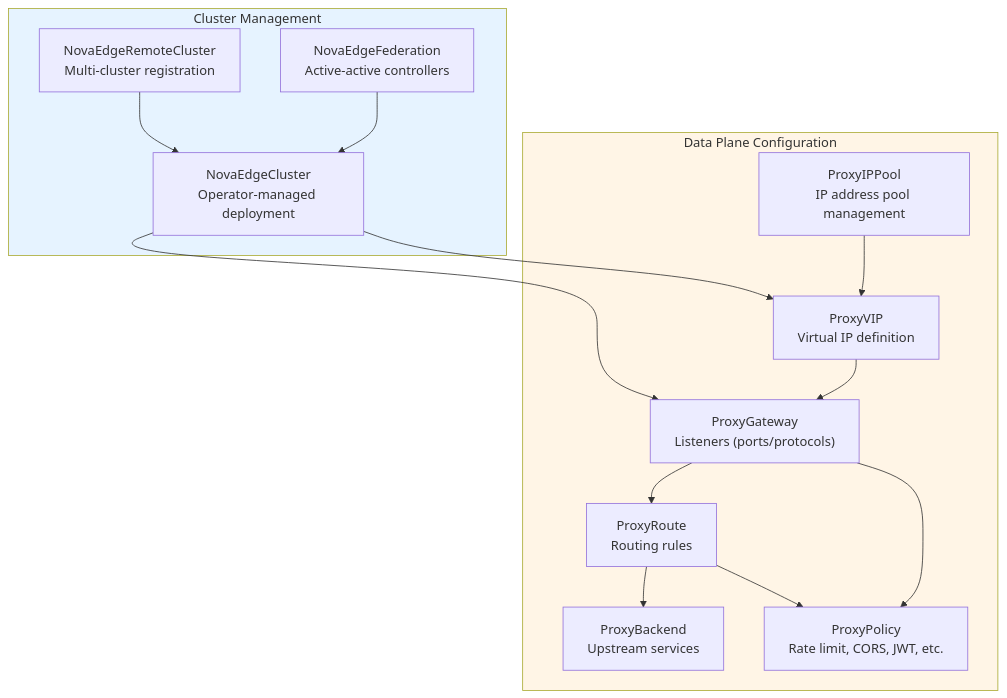
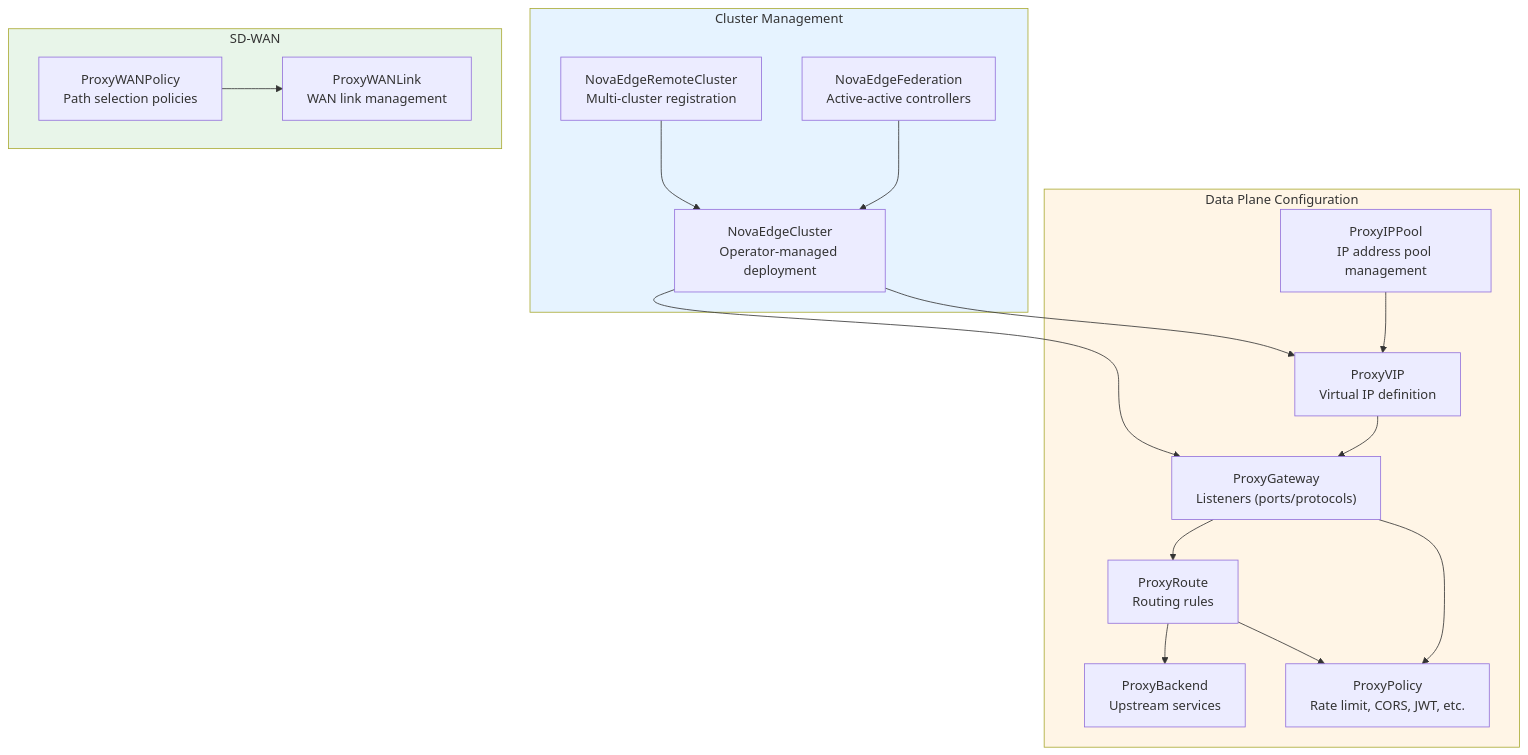
The first of 5 diagrams in docs/reference/crd-reference.md (azrtydxb/novaedge), drawn with Mermaid before and after one commit. The commit also changed other lines of this file and 80 other files, not shown here.

````diff
--- a/docs/reference/crd-reference.md
+++ b/docs/reference/crd-reference.md
@@ -7,32 +7,40 @@
 ```mermaid
 flowchart TB
     subgraph Cluster["Cluster Management"]
         NEC["NovaEdgeCluster<br/>Operator-managed deployment"]
         NERC["NovaEdgeRemoteCluster<br/>Multi-cluster registration"]
         FED["NovaEdgeFederation<br/>Active-active controllers"]
     end
 
     subgraph DataPlane["Data Plane Configuration"]
         VIP["ProxyVIP<br/>Virtual IP definition"]
         IPPool["ProxyIPPool<br/>IP address pool management"]
         GW["ProxyGateway<br/>Listeners (ports/protocols)"]
         RT["ProxyRoute<br/>Routing rules"]
         BE["ProxyBackend<br/>Upstream services"]
         POL["ProxyPolicy<br/>Rate limit, CORS, JWT, etc."]
     end
 
+    subgraph SDWAN["SD-WAN"]
+        WL["ProxyWANLink<br/>WAN link management"]
+        WP["ProxyWANPolicy<br/>Path selection policies"]
+    end
+
     NEC --> GW
     NEC --> VIP
     NERC --> NEC
     FED --> NEC
 
     IPPool --> VIP
     VIP --> GW
     GW --> RT
     RT --> BE
     RT --> POL
     GW --> POL
 
+    WP --> WL
+
     style Cluster fill:#e6f3ff
     style DataPlane fill:#fff5e6
+    style SDWAN fill:#e8f5e9
 ```
````
